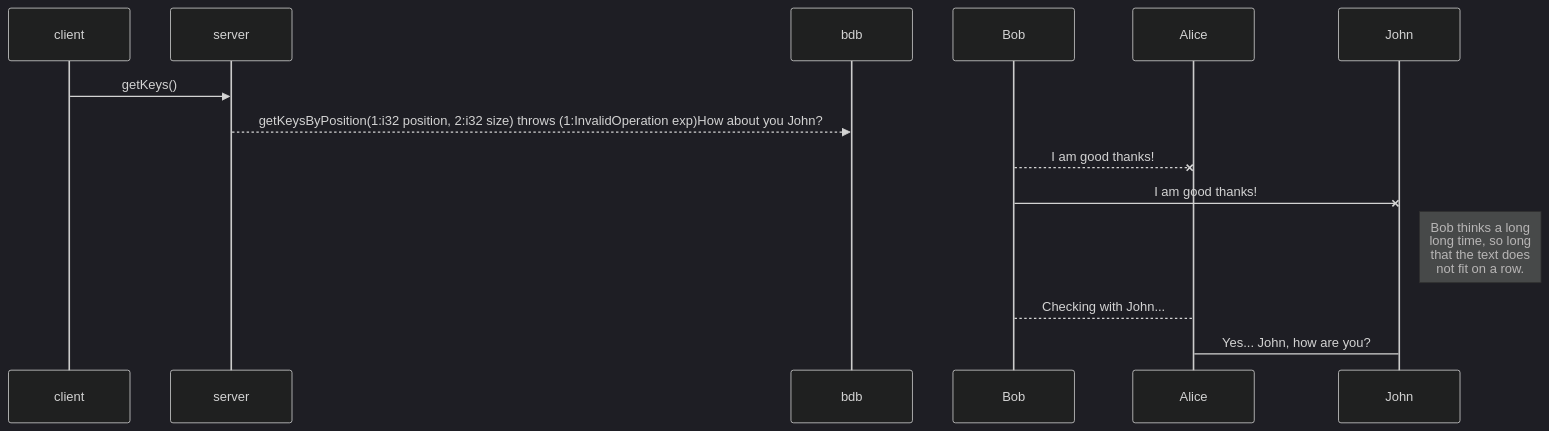
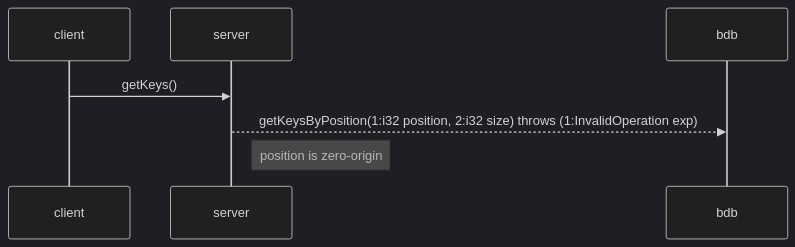
The diagram in THBDB Client.md (kozkoz211/StackEdit), drawn with Mermaid (dark theme) before and after one commit. The commit also changed other lines of this file, not shown here.

Commit message:
THBDB Client.md updated from https://stackedit.io/

````diff
--- a/THBDB Client.md
+++ b/THBDB Client.md
@@ -11,11 +11,9 @@
 ```mermaid
 sequenceDiagram
 client ->> server: getKeys()
-server-->> bdb: getKeysByPosition(1:i32 position, 2:i32  size) throws (1:InvalidOperation exp)How about you John?
-Bob--x Alice: I am good thanks!
-Bob-x John: I am good thanks!
-Note right of John: Bob thinks a long<br/>long time, so long<br/>that the text does<br/>not fit on a row.
+server-->> bdb: getKeysByPosition(1:i32 position, 2:i32  size) throws (1:InvalidOperation exp)
 
-Bob-->Alice: Checking with John...
-Alice->John: Yes... John, how are you?
+Note right of server: position is zero-origin
+
+
 ```
````
